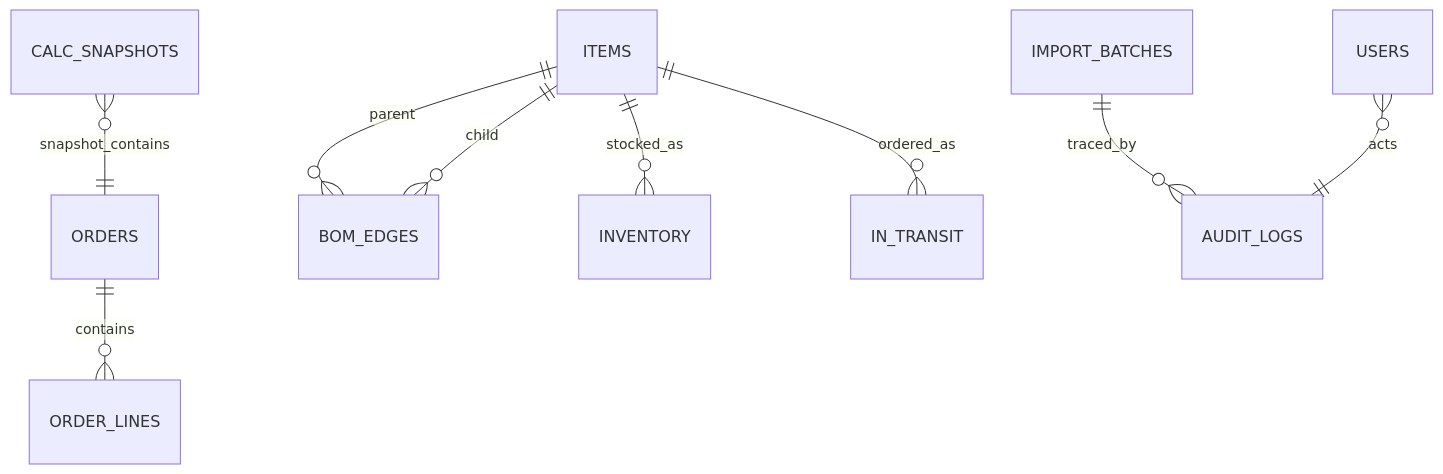
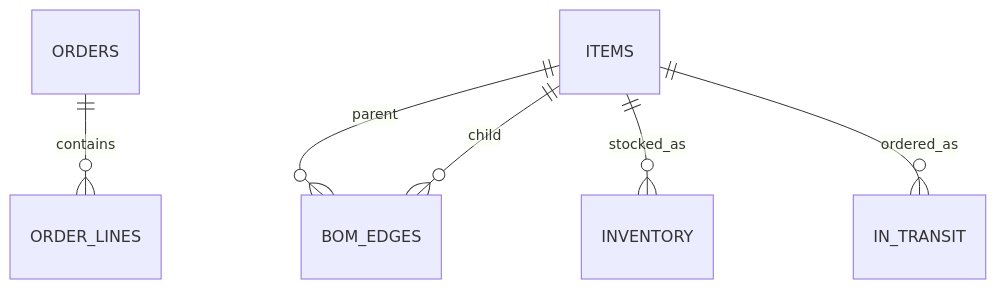
One commit to Xxxnickname/delivery-promise-system changed the second of 2 diagrams in docs/DATA_MODEL.md. Above: the diagram before and after it, drawn with Mermaid. The commit also changed other lines of this file and 14 other files, not shown here.

````diff
--- a/docs/DATA_MODEL.md
+++ b/docs/DATA_MODEL.md
@@ -5,11 +192,8 @@
 ```mermaid
 erDiagram
     ORDERS ||--o{ ORDER_LINES : contains
     ITEMS ||--o{ BOM_EDGES : parent
     ITEMS ||--o{ BOM_EDGES : child
     ITEMS ||--o{ INVENTORY : stocked_as
     ITEMS ||--o{ IN_TRANSIT : ordered_as
-    IMPORT_BATCHES ||--o{ AUDIT_LOGS : traced_by
-    CALC_SNAPSHOTS }o--|| ORDERS : snapshot_contains
-    USERS }o--|| AUDIT_LOGS : acts
 ```
````
